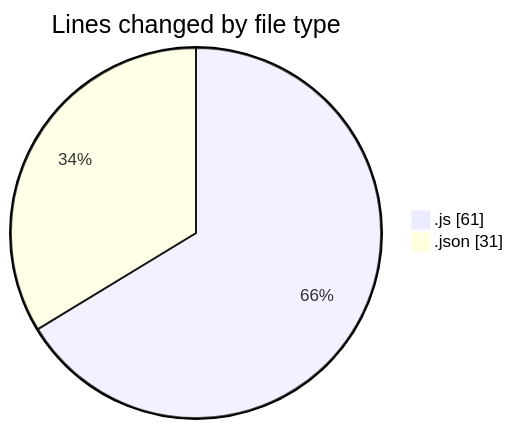
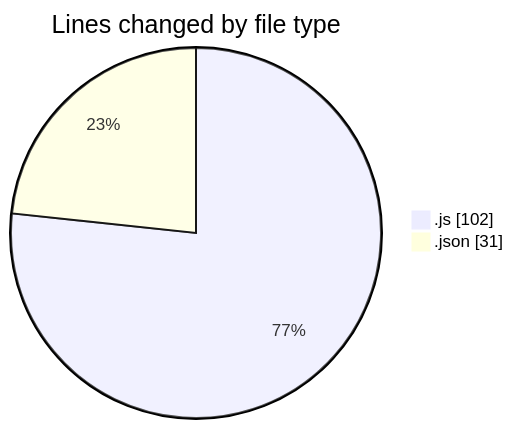
Before and after one commit to Ritupan-Deka/code-tracking: the first of 2 diagrams in 2025-07-02/mern-thinkboard/README.md, drawn with Mermaid. The commit also changed other lines of this file and 1 other file, not shown here.

````diff
--- a/2025-07-02/mern-thinkboard/README.md
+++ b/2025-07-02/mern-thinkboard/README.md
@@ -22,6 +22,6 @@
 ```mermaid
 pie showData
 title Lines changed by file type
-".js" : 61
+".js" : 102
 ".json" : 31
 ```
````
